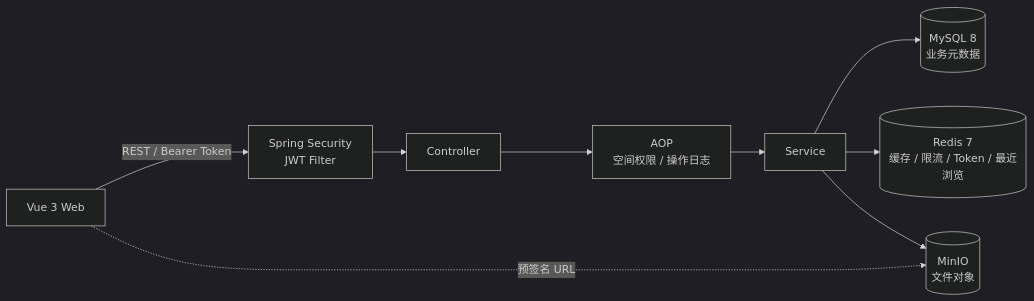
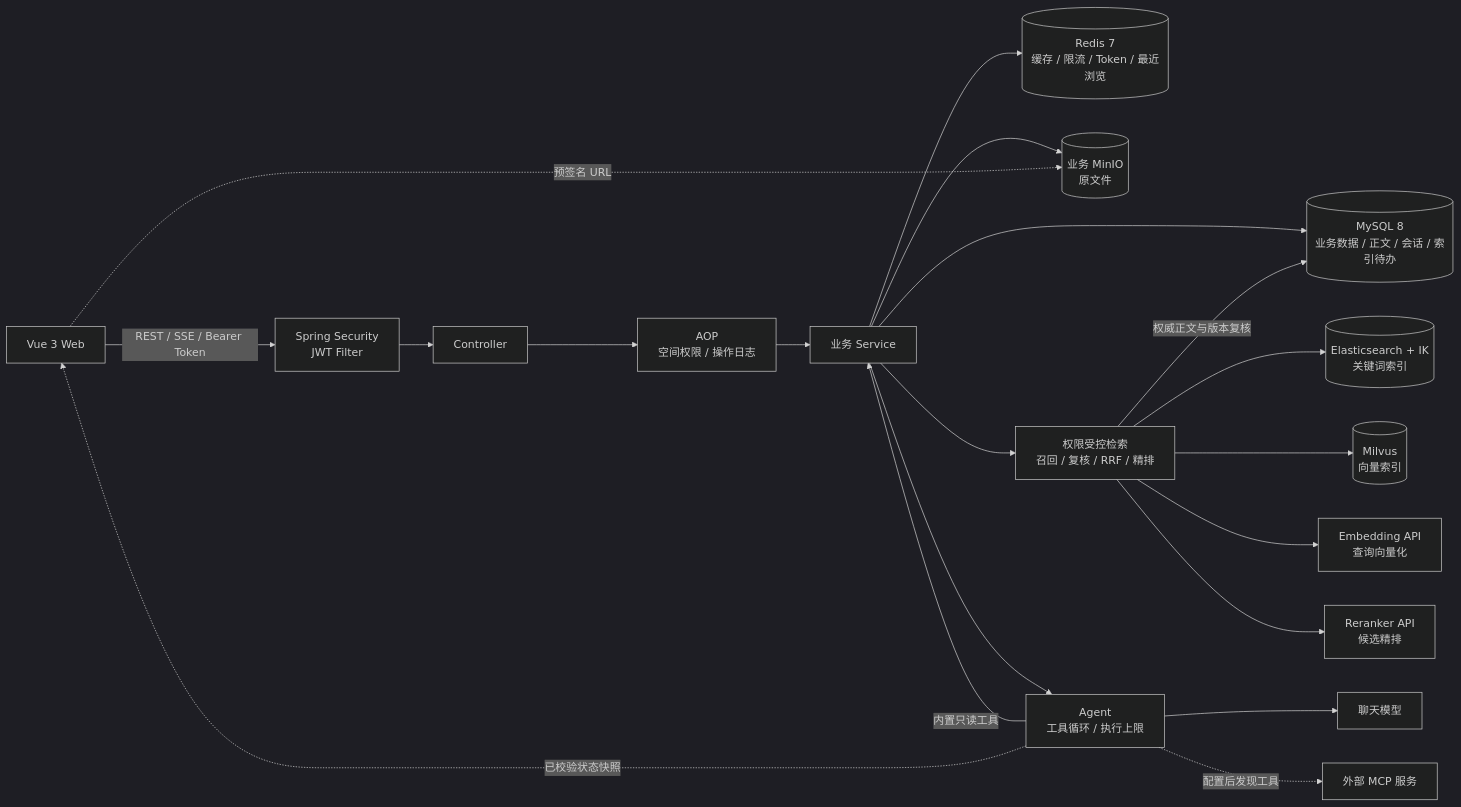
One commit to Git-creat7/teamdocs changed the diagram in README.md. Above: the diagram before and after it, drawn with Mermaid (dark theme). The commit also changed other lines of this file, not shown here.

Commit message:
docs: update README with hybrid retrieval, compose and evaluation guides

````diff
--- a/README.md
+++ b/README.md
@@ -45,11 +57,22 @@
 ```mermaid
 flowchart LR
-    Browser[Vue 3 Web] -->|REST / Bearer Token| Security[Spring Security<br/>JWT Filter]
+    Browser[Vue 3 Web] -->|REST / SSE / Bearer Token| Security[Spring Security<br/>JWT Filter]
     Security --> Controller[Controller]
     Controller --> Aspect[AOP<br/>空间权限 / 操作日志]
-    Aspect --> Service[Service]
-    Service --> MySQL[(MySQL 8<br/>业务元数据)]
+    Aspect --> Service[业务 Service]
+    Service --> MySQL[(MySQL 8<br/>业务数据 / 正文 / 会话 / 索引待办)]
     Service --> Redis[(Redis 7<br/>缓存 / 限流 / Token / 最近浏览)]
-    Service --> MinIO[(MinIO<br/>文件对象)]
+    Service --> MinIO[(业务 MinIO<br/>原文件)]
+    Service --> Retrieval[权限受控检索<br/>召回 / 复核 / RRF / 精排]
+    Retrieval --> ES[(Elasticsearch + IK<br/>关键词索引)]
+    Retrieval --> Milvus[(Milvus<br/>向量索引)]
+    Retrieval --> Embedding[Embedding API<br/>查询向量化]
+    Retrieval --> Reranker[Reranker API<br/>候选精排]
+    Retrieval -->|权威正文与版本复核| MySQL
+    Service --> Agent[Agent<br/>工具循环 / 执行上限]
+    Agent --> Model[聊天模型]
+    Agent -->|内置只读工具| Service
+    Agent -. 配置后发现工具 .-> MCP[外部 MCP 服务]
+    Agent -. 已校验状态快照 .-> Browser
     Browser -. 预签名 URL .-> MinIO
 ```
````
